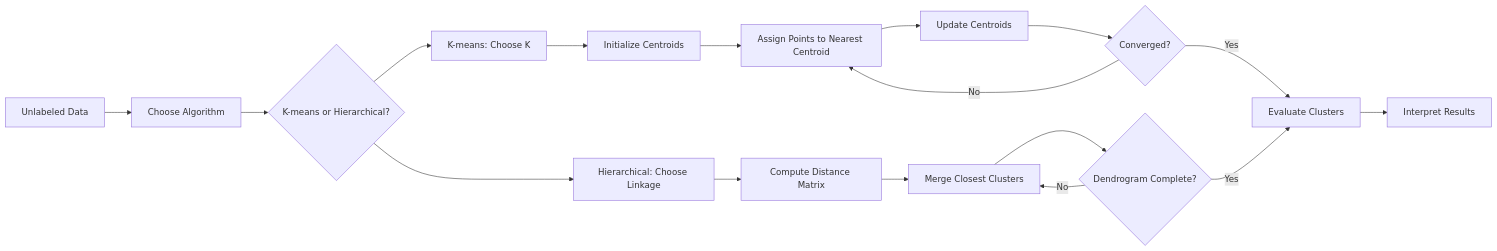
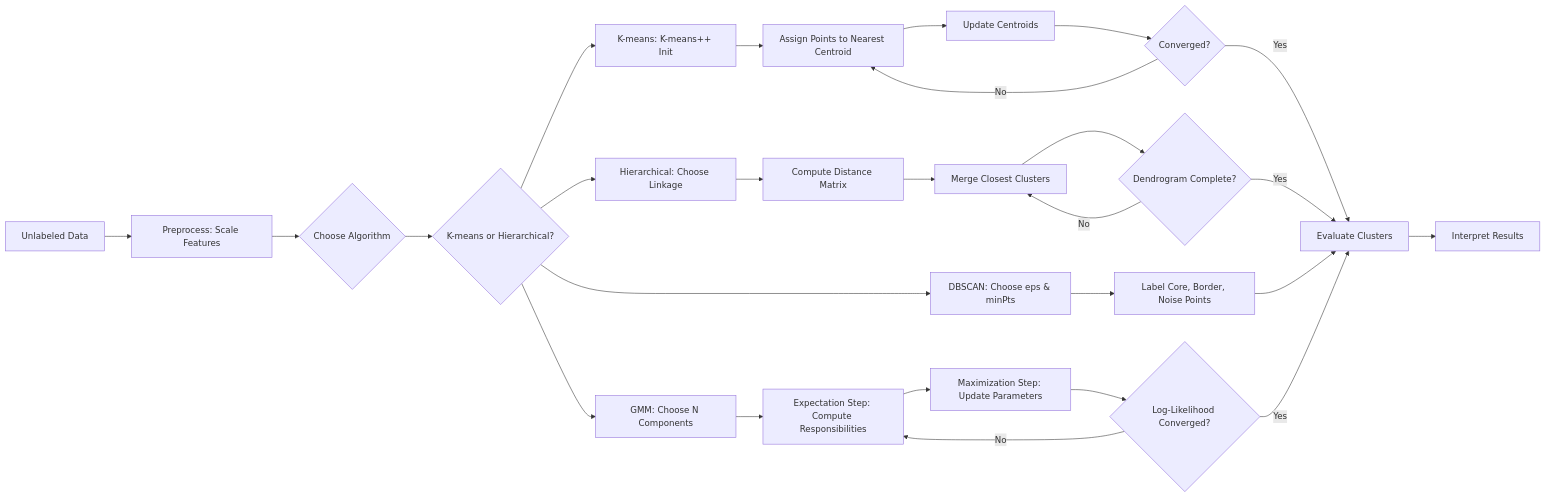
Before and after one commit to Raushan666java/ai-engineering-journey: the first of 5 diagrams in docs/courses/machine-learning/08-unsupervised-learning.md, drawn with Mermaid. The commit also changed other lines of this file and 41 other files, not shown here.

````diff
--- a/docs/courses/machine-learning/08-unsupervised-learning.md
+++ b/docs/courses/machine-learning/08-unsupervised-learning.md
@@ -29,19 +34,28 @@
 ```mermaid
 flowchart LR
-    A[Unlabeled Data] --> B[Choose Algorithm]
-    B --> C{K-means or Hierarchical?}
-    C --> D[K-means: Choose K]
-    C --> E[Hierarchical: Choose Linkage]
-    D --> F[Initialize Centroids]
-    F --> G[Assign Points to Nearest Centroid]
-    G --> H[Update Centroids]
-    H --> I{Converged?}
-    I -- No --> G
-    I -- Yes --> J[Evaluate Clusters]
-    E --> K[Compute Distance Matrix]
-    K --> L[Merge Closest Clusters]
-    L --> M{Dendrogram Complete?}
-    M -- No --> L
-    M -- Yes --> J
-    J --> N[Interpret Results]
+    A[Unlabeled Data] --> B[Preprocess: Scale Features]
+    B --> C{Choose Algorithm}
+    C --> D{K-means or Hierarchical?}
+    D --> E[K-means: K-means++ Init]
+    D --> F[Hierarchical: Choose Linkage]
+    D --> G[DBSCAN: Choose eps & minPts]
+    D --> H[GMM: Choose N Components]
+    E --> I[Assign Points to Nearest Centroid]
+    I --> J[Update Centroids]
+    J --> K{Converged?}
+    K -- No --> I
+    K -- Yes --> L[Evaluate Clusters]
+    F --> M[Compute Distance Matrix]
+    M --> N[Merge Closest Clusters]
+    N --> O{Dendrogram Complete?}
+    O -- No --> N
+    O -- Yes --> L
+    G --> P[Label Core, Border, Noise Points]
+    P --> L
+    H --> Q[Expectation Step: Compute Responsibilities]
+    Q --> R[Maximization Step: Update Parameters]
+    R --> S{Log-Likelihood Converged?}
+    S -- No --> Q
+    S -- Yes --> L
+    L --> T[Interpret Results]
 ```
````
